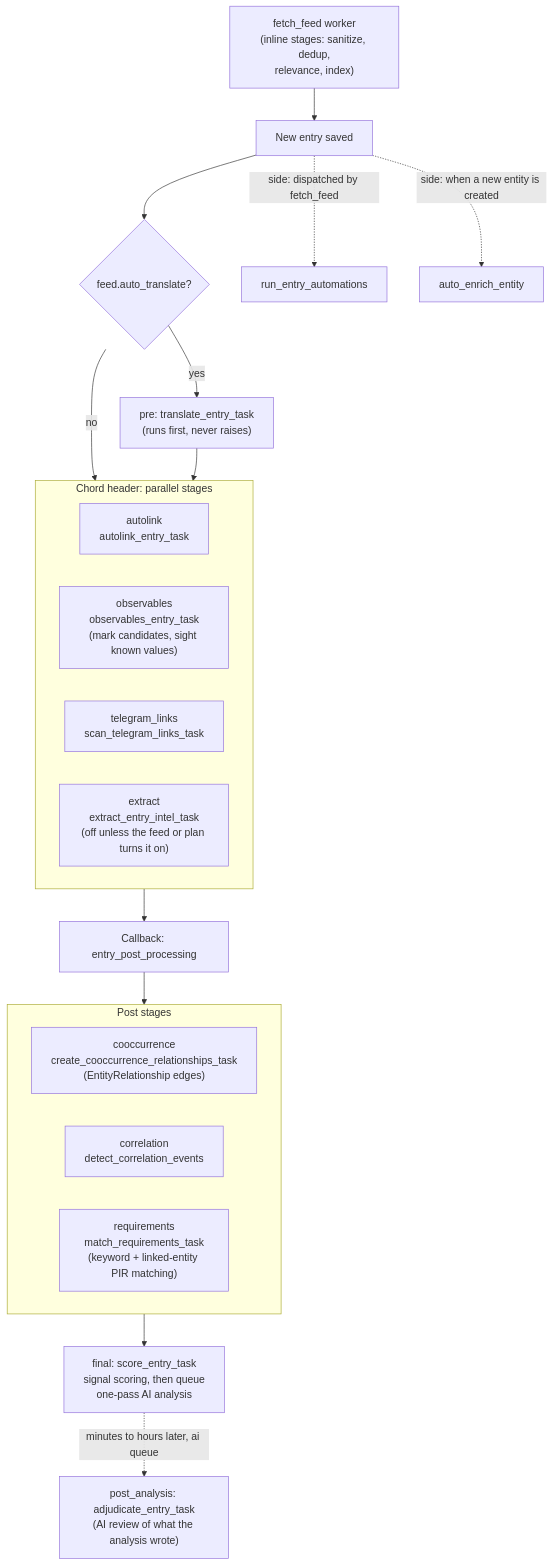
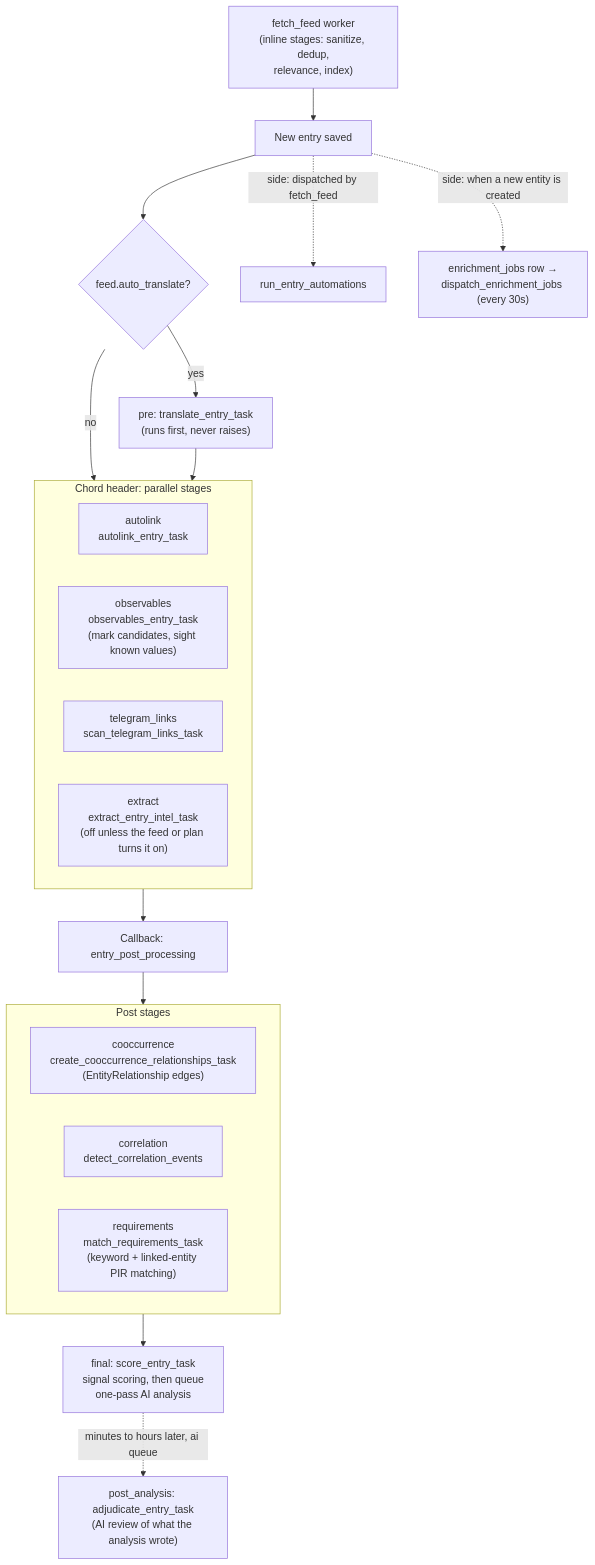
One commit to a-oneil/IntelFeed changed the diagram in docs/diagrams/architecture-entry-pipeline.md. Above: the diagram before and after it, drawn with Mermaid. The commit also changed 401 other files, not shown here.

````diff
--- a/docs/diagrams/architecture-entry-pipeline.md
+++ b/docs/diagrams/architecture-entry-pipeline.md
@@ -5,31 +5,31 @@
 ```mermaid
 flowchart TD
     FETCH["fetch_feed worker<br/>(inline stages: sanitize, dedup,<br/>relevance, index)"] --> NEW["New entry saved"]
 
     NEW --> TR{"feed.auto_translate?"}
     TR -- yes --> TRANSLATE["pre: translate_entry_task<br/>(runs first, never raises)"]
     TR -- no --> HDR
     TRANSLATE --> HDR
 
     subgraph HDR["Chord header: parallel stages"]
         AUTOLINK["autolink<br/>autolink_entry_task"]
         OBSERV["observables<br/>observables_entry_task<br/>(mark candidates, sight known values)"]
         TGLINKS["telegram_links<br/>scan_telegram_links_task"]
         EXTRACT["extract<br/>extract_entry_intel_task<br/>(off unless the feed or plan turns it on)"]
     end
 
     HDR --> CB["Callback: entry_post_processing"]
 
     subgraph POST["Post stages"]
         COOC["cooccurrence<br/>create_cooccurrence_relationships_task<br/>(EntityRelationship edges)"]
         CORR["correlation<br/>detect_correlation_events"]
         REQ["requirements<br/>match_requirements_task<br/>(keyword + linked-entity PIR matching)"]
     end
 
     CB --> POST
     POST --> FINAL["final: score_entry_task<br/>signal scoring, then queue<br/>one-pass AI analysis"]
     FINAL -. "minutes to hours later, ai queue" .-> ADJ["post_analysis: adjudicate_entry_task<br/>(AI review of what the analysis wrote)"]
 
     NEW -. "side: dispatched by fetch_feed" .-> AUTO["run_entry_automations"]
-    NEW -. "side: when a new entity is created" .-> ENRICH["auto_enrich_entity"]
+    NEW -. "side: when a new entity is created" .-> ENRICH["enrichment_jobs row →<br/>dispatch_enrichment_jobs (every 30s)"]
 ```
````
